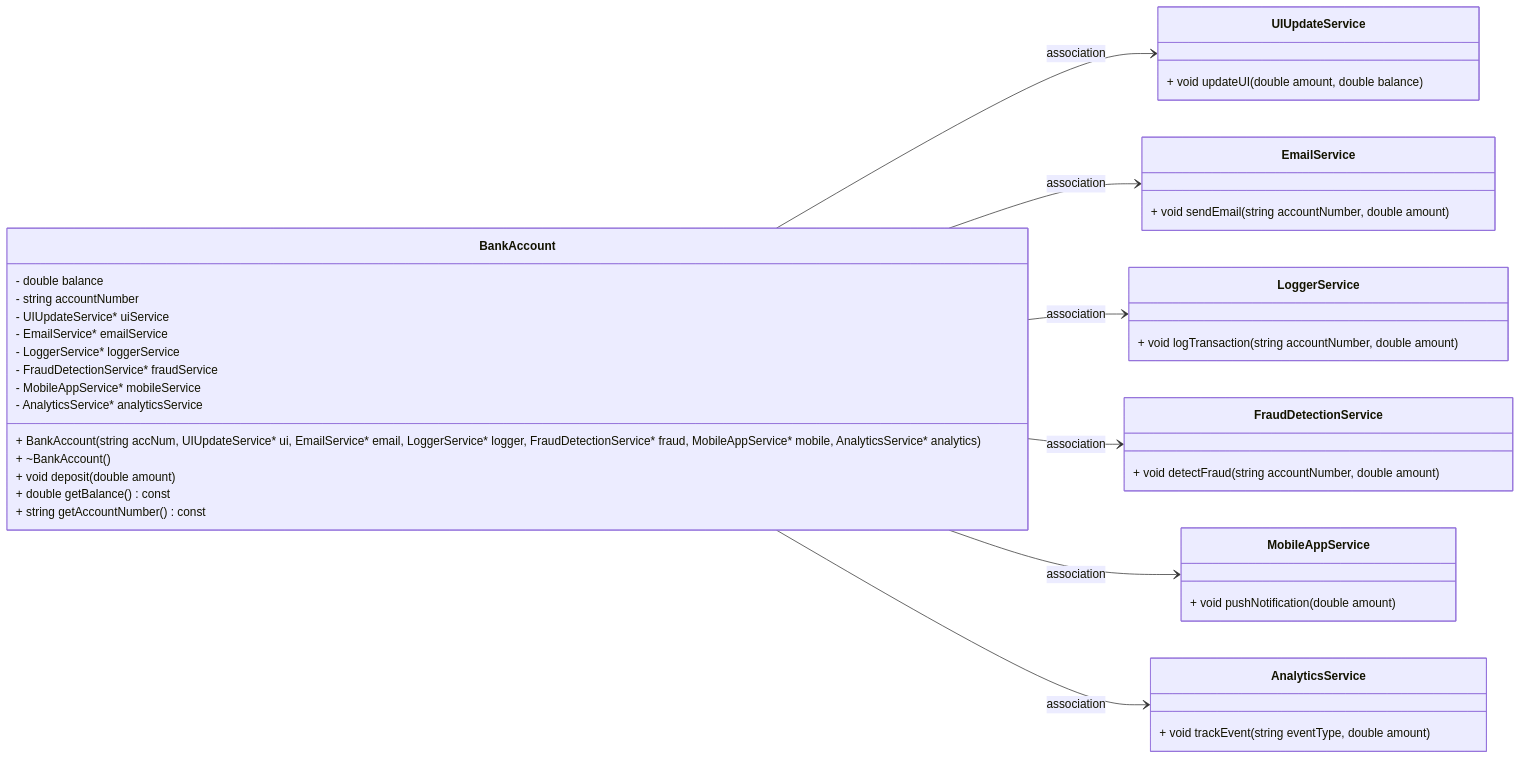
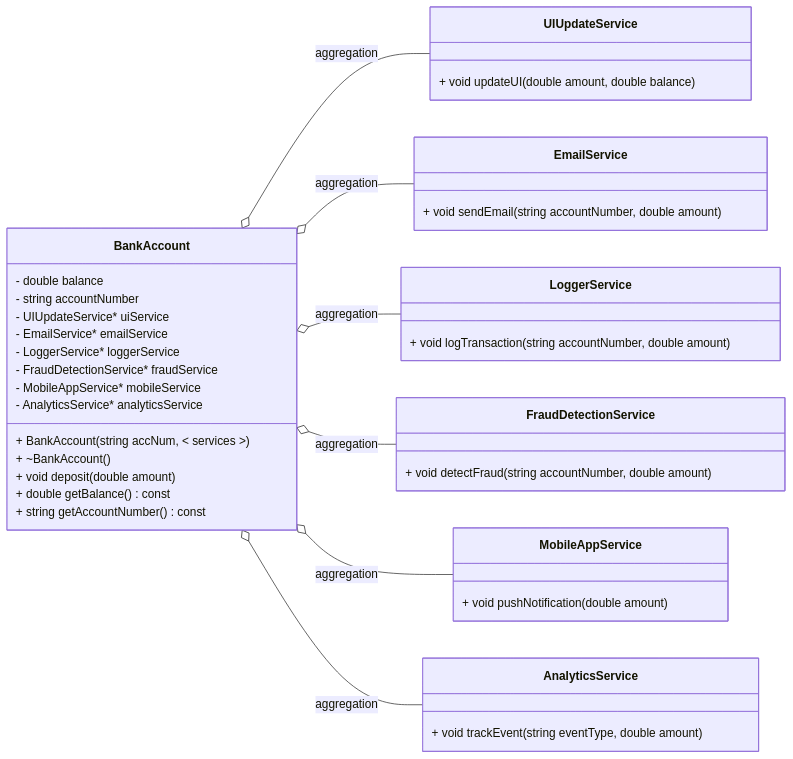
Before and after one commit to ndmhuy/DesignPatternsGroup52: the diagram in Observer/src/naive_uml.md, drawn with Mermaid. The commit also changed 1 other file, not shown here.

Commit message:
Update UML file

````diff
--- a/Observer/src/naive_uml.md
+++ b/Observer/src/naive_uml.md
@@ -3,50 +3,50 @@
 ```mermaid
 classDiagram
     direction LR
     class BankAccount {
         - double balance
         - string accountNumber
         - UIUpdateService* uiService
         - EmailService* emailService
         - LoggerService* loggerService
         - FraudDetectionService* fraudService
         - MobileAppService* mobileService
         - AnalyticsService* analyticsService
-        + BankAccount(string accNum, UIUpdateService* ui, EmailService* email, LoggerService* logger, FraudDetectionService* fraud, MobileAppService* mobile, AnalyticsService* analytics)
+        + BankAccount(string accNum, < services >)
         + ~BankAccount()
         + void deposit(double amount)
         + double getBalance() const
         + string getAccountNumber() const
     }
 
     class UIUpdateService {
         + void updateUI(double amount, double balance)
     }
 
     class EmailService {
         + void sendEmail(string accountNumber, double amount)
     }
 
     class LoggerService {
         + void logTransaction(string accountNumber, double amount)
     }
 
     class FraudDetectionService {
         + void detectFraud(string accountNumber, double amount)
     }
 
     class MobileAppService {
         + void pushNotification(double amount)
     }
 
     class AnalyticsService {
         + void trackEvent(string eventType, double amount)
     }
 
-    BankAccount --> UIUpdateService : association
-    BankAccount --> EmailService : association
-    BankAccount --> LoggerService : association
-    BankAccount --> FraudDetectionService : association
-    BankAccount --> MobileAppService : association
-    BankAccount --> AnalyticsService : association
+    BankAccount o-- UIUpdateService : aggregation
+    BankAccount o-- EmailService : aggregation
+    BankAccount o-- LoggerService : aggregation
+    BankAccount o-- FraudDetectionService : aggregation
+    BankAccount o-- MobileAppService : aggregation
+    BankAccount o-- AnalyticsService : aggregation
 ```
````
